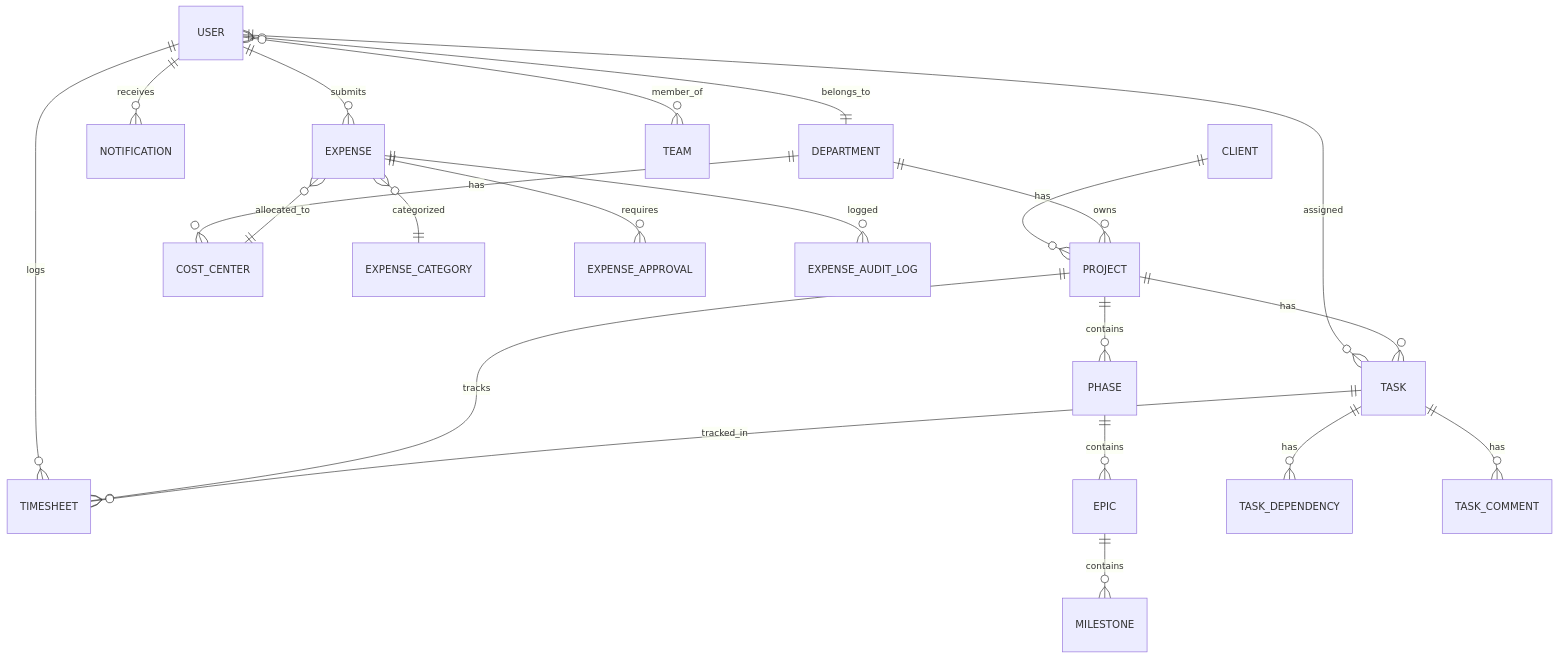
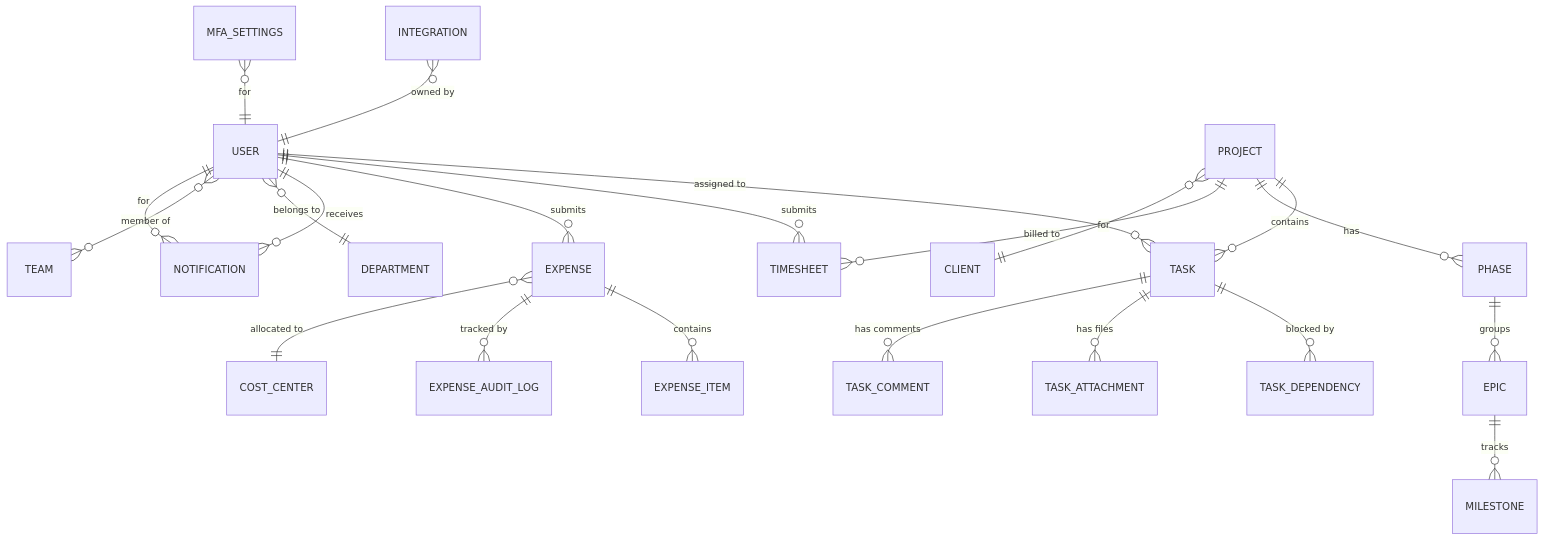
Before and after one commit to agusain2001/timesheet: the diagram in architecture.md, drawn with Mermaid. The commit also changed other lines of this file and 21 other files, not shown here.

````diff
--- a/architecture.md
+++ b/architecture.md
@@ -803,30 +142,29 @@
 ```mermaid
 erDiagram
-    USER ||--o{ TASK : assigned
-    USER ||--o{ TIMESHEET : logs
-    USER ||--o{ EXPENSE : submits
-    USER ||--o{ NOTIFICATION : receives
-    USER }o--|| DEPARTMENT : belongs_to
-    USER }o--o{ TEAM : member_of
-    
-    CLIENT ||--o{ PROJECT : has
-    
-    DEPARTMENT ||--o{ PROJECT : owns
-    DEPARTMENT ||--o{ COST_CENTER : has
-    
-    PROJECT ||--o{ PHASE : contains
-    PROJECT ||--o{ TASK : has
-    PROJECT ||--o{ TIMESHEET : tracks
-    
-    PHASE ||--o{ EPIC : contains
-    EPIC ||--o{ MILESTONE : contains
-    
-    TASK ||--o{ TASK_DEPENDENCY : has
-    TASK ||--o{ TASK_COMMENT : has
-    TASK ||--o{ TIMESHEET : tracked_in
-    
-    EXPENSE }o--|| EXPENSE_CATEGORY : categorized
-    EXPENSE }o--|| COST_CENTER : allocated_to
-    EXPENSE ||--o{ EXPENSE_APPROVAL : requires
-    EXPENSE ||--o{ EXPENSE_AUDIT_LOG : logged
+    USER ||--o{ TASK : "assigned to"
+    USER ||--o{ TIMESHEET : "submits"
+    USER ||--o{ EXPENSE : "submits"
+    USER ||--o{ NOTIFICATION : "receives"
+    USER }o--|| DEPARTMENT : "belongs to"
+    USER }o--o{ TEAM : "member of"
+
+    PROJECT ||--o{ TASK : "contains"
+    PROJECT ||--o{ PHASE : "has"
+    PROJECT ||--o{ TIMESHEET : "billed to"
+    PROJECT }o--|| CLIENT : "for"
+
+    PHASE ||--o{ EPIC : "groups"
+    EPIC ||--o{ MILESTONE : "tracks"
+
+    TASK ||--o{ TASK_DEPENDENCY : "blocked by"
+    TASK ||--o{ TASK_ATTACHMENT : "has files"
+    TASK ||--o{ TASK_COMMENT : "has comments"
+
+    EXPENSE ||--o{ EXPENSE_ITEM : "contains"
+    EXPENSE ||--o{ EXPENSE_AUDIT_LOG : "tracked by"
+    EXPENSE }o--|| COST_CENTER : "allocated to"
+
+    NOTIFICATION }o--|| USER : "for"
+    INTEGRATION }o--|| USER : "owned by"
+    MFA_SETTINGS }o--|| USER : "for"
 ```
````
